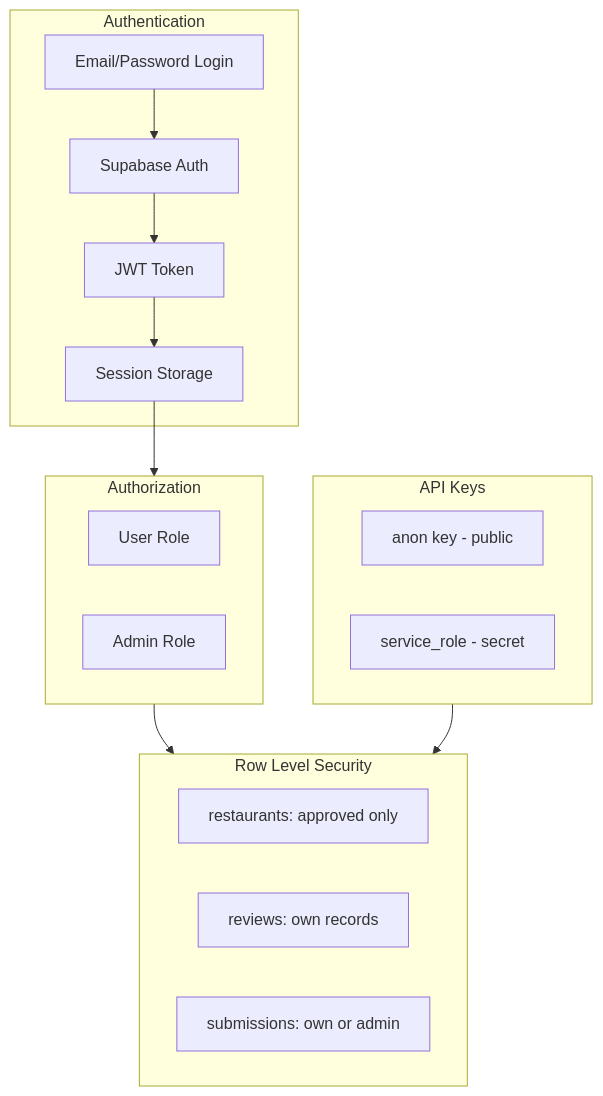
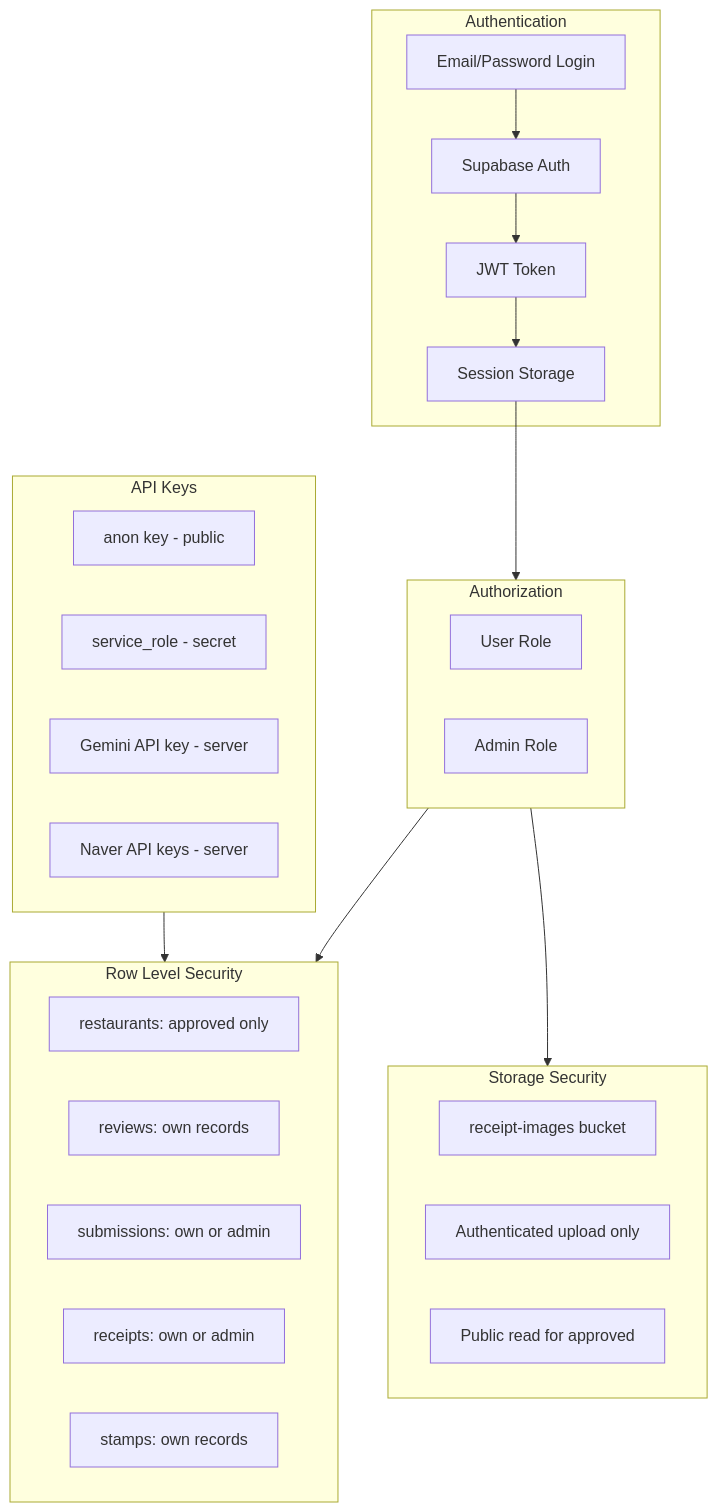
Before and after one commit to twoimo/tzudong: the diagram in .davia/assets/mermaids/security-architecture.mmd, drawn with Mermaid. The commit also changed 13 other files, not shown here.

```diff
--- a/.davia/assets/mermaids/security-architecture.mmd
+++ b/.davia/assets/mermaids/security-architecture.mmd
@@ -1,30 +1,41 @@
 %%{init: {'theme': 'default'}}%%
 
 flowchart TB
     subgraph AUTH["Authentication"]
         A1[Email/Password Login]
         A2[Supabase Auth]
         A3[JWT Token]
         A4[Session Storage]
     end
 
     subgraph ROLES["Authorization"]
         R1[User Role]
         R2[Admin Role]
     end
 
     subgraph RLS["Row Level Security"]
         L1[restaurants: approved only]
         L2[reviews: own records]
         L3[submissions: own or admin]
+        L4[receipts: own or admin]
+        L5[stamps: own records]
+    end
+
+    subgraph STORAGE["Storage Security"]
+        S1[receipt-images bucket]
+        S2[Authenticated upload only]
+        S3[Public read for approved]
     end
 
     subgraph KEYS["API Keys"]
         K1[anon key - public]
         K2[service_role - secret]
+        K3[Gemini API key - server]
+        K4[Naver API keys - server]
     end
 
     A1 --> A2 --> A3 --> A4
     A4 --> ROLES
     ROLES --> RLS
+    ROLES --> STORAGE
     KEYS --> RLS
```
